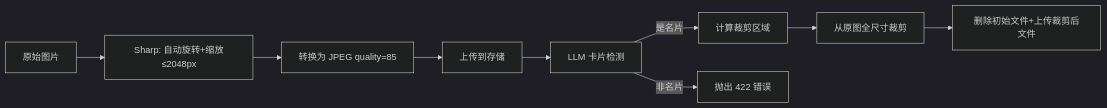
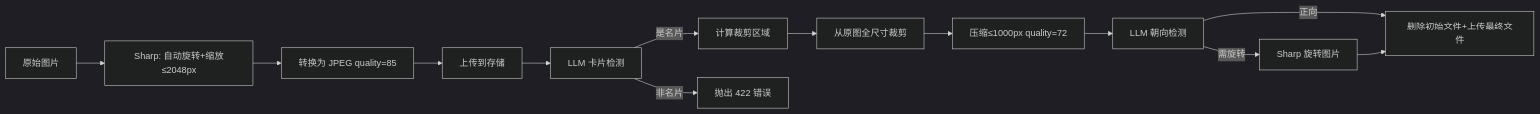
The third of 3 diagrams in Documents/storage/storage.md (addicted0010/namecardfolder), drawn with Mermaid (dark theme) before and after one commit. The commit also changed other lines of this file and 9 other files, not shown here.

````diff
--- a/Documents/storage/storage.md
+++ b/Documents/storage/storage.md
@@ -157,11 +157,15 @@
 ```mermaid
 graph LR
     A[原始图片] --> B[Sharp: 自动旋转+缩放≤2048px]
     B --> C[转换为 JPEG quality=85]
     C --> D[上传到存储]
     D --> E[LLM 卡片检测]
     E -->|是名片| F[计算裁剪区域]
     E -->|非名片| G[抛出 422 错误]
     F --> H[从原图全尺寸裁剪]
-    H --> I[删除初始文件+上传裁剪后文件]
+    H --> I[压缩≤1000px quality=72]
+    I --> J[LLM 朝向检测]
+    J -->|需旋转| K[Sharp 旋转图片]
+    J -->|正向| L[删除初始文件+上传最终文件]
+    K --> L
 ```
````
